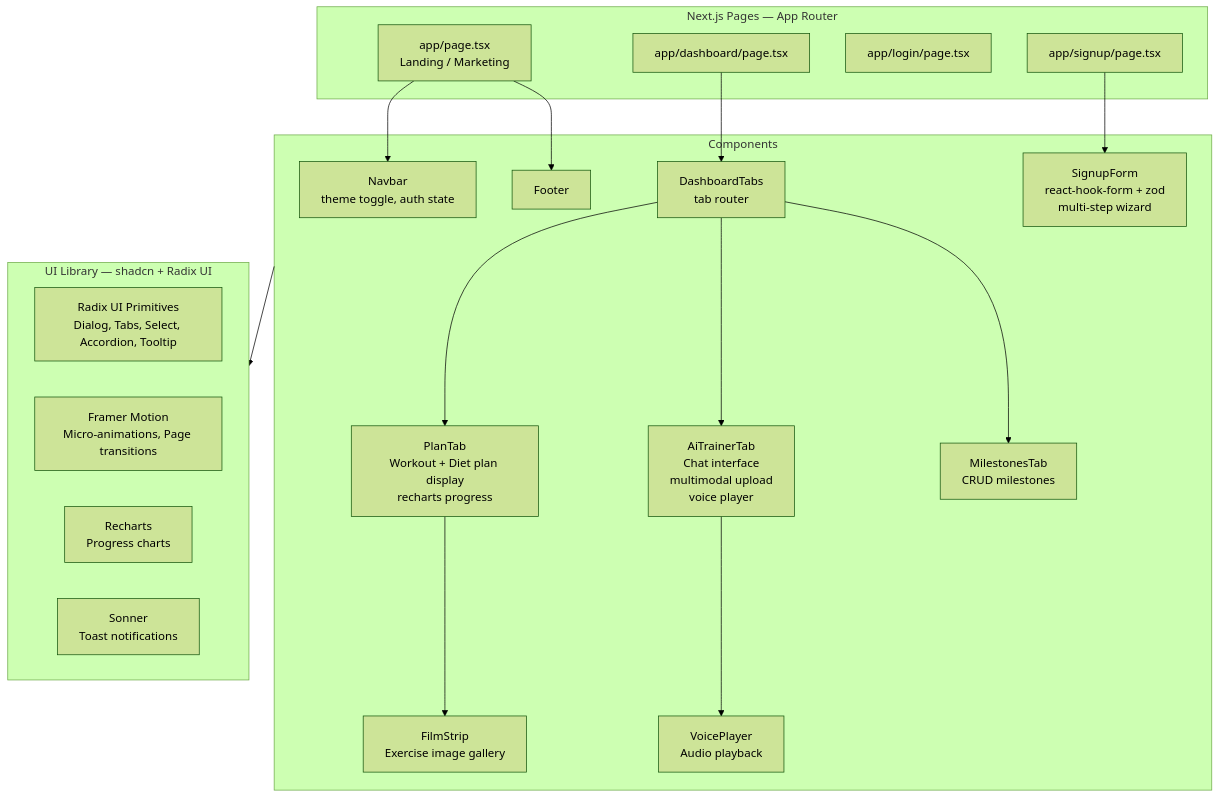
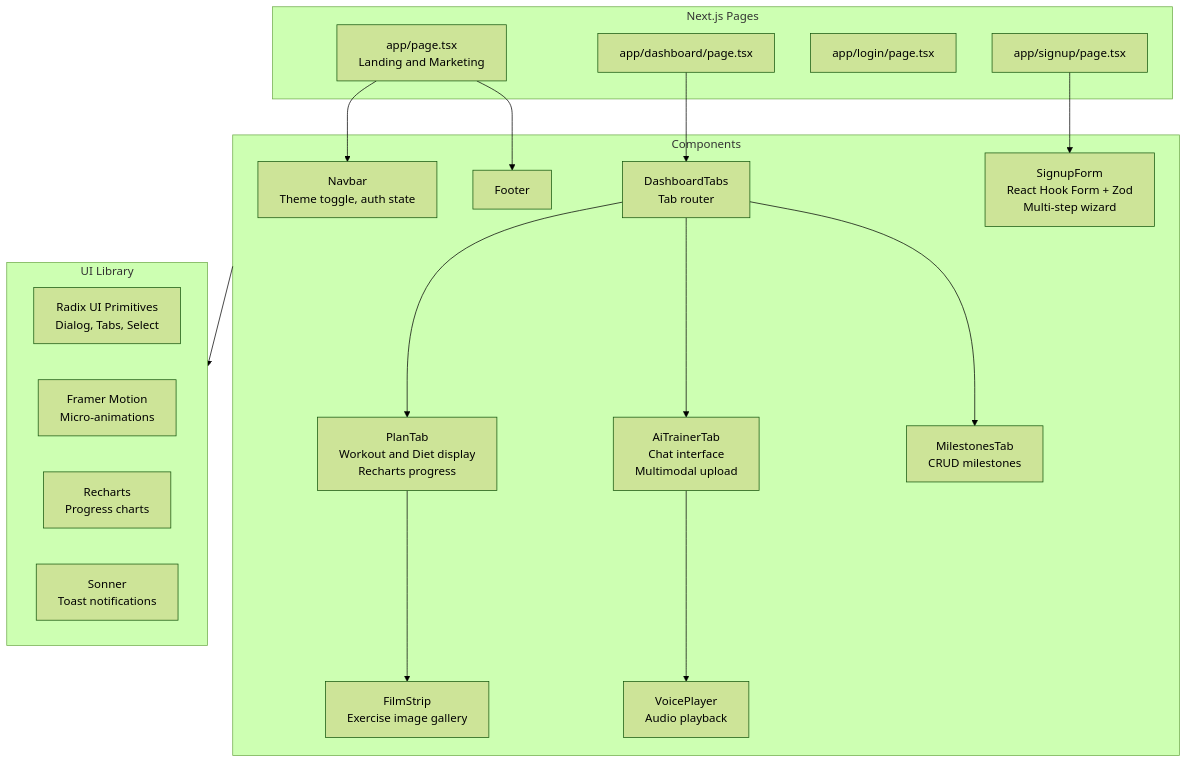
Before and after one commit to NEhIL06/zenfit: diagram 13 of 14 in README.md, drawn with Mermaid (forest theme). The commit also changed other lines of this file, not shown here.

Commit message:
docs: update README.md architecture and schema diagrams

````diff
--- a/README.md
+++ b/README.md
@@ -543,39 +522,39 @@
 ```mermaid
 graph TD
-    subgraph Pages["Next.js Pages — App Router"]
-        Landing["app/page.tsx\nLanding / Marketing"]
+    subgraph Pages["Next.js Pages"]
+        Landing["app/page.tsx\nLanding and Marketing"]
         Dashboard["app/dashboard/page.tsx"]
         Login["app/login/page.tsx"]
         Signup["app/signup/page.tsx"]
     end
 
     subgraph Components["Components"]
-        Navbar["Navbar\ntheme toggle, auth state"]
-        DashboardTabs["DashboardTabs\ntab router"]
-        PlanTab["PlanTab\nWorkout + Diet plan display\nrecharts progress"]
-        AiTrainerTab["AiTrainerTab\nChat interface\nmultimodal upload\nvoice player"]
+        Navbar["Navbar\nTheme toggle, auth state"]
+        DashboardTabs["DashboardTabs\nTab router"]
+        PlanTab["PlanTab\nWorkout and Diet display\nRecharts progress"]
+        AiTrainerTab["AiTrainerTab\nChat interface\nMultimodal upload"]
         MilestonesTab["MilestonesTab\nCRUD milestones"]
-        SignupForm["SignupForm\nreact-hook-form + zod\nmulti-step wizard"]
+        SignupForm["SignupForm\nReact Hook Form + Zod\nMulti-step wizard"]
         FilmStrip["FilmStrip\nExercise image gallery"]
         VoicePlayer["VoicePlayer\nAudio playback"]
         Footer["Footer"]
     end
 
-    subgraph UILib["UI Library — shadcn + Radix UI"]
-        Radix["Radix UI Primitives\nDialog, Tabs, Select, Accordion, Tooltip"]
-        Framer["Framer Motion\nMicro-animations, Page transitions"]
+    subgraph UILib["UI Library"]
+        Radix["Radix UI Primitives\nDialog, Tabs, Select"]
+        Framer["Framer Motion\nMicro-animations"]
         Recharts["Recharts\nProgress charts"]
         Sonner["Sonner\nToast notifications"]
     end
 
     Landing --> Navbar
     Landing --> Footer
     Dashboard --> DashboardTabs
     DashboardTabs --> PlanTab
     DashboardTabs --> AiTrainerTab
     DashboardTabs --> MilestonesTab
     Signup --> SignupForm
     AiTrainerTab --> VoicePlayer
     PlanTab --> FilmStrip
     Components --> UILib
 ```
````
